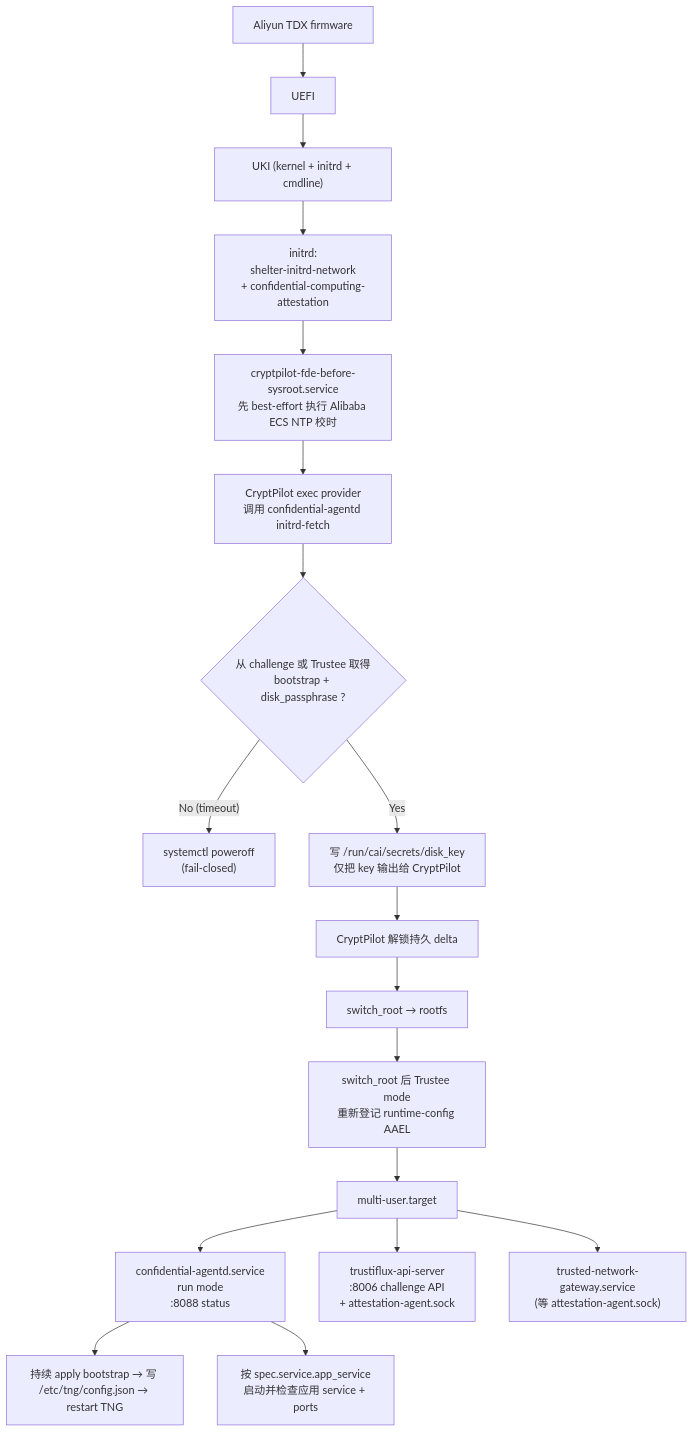
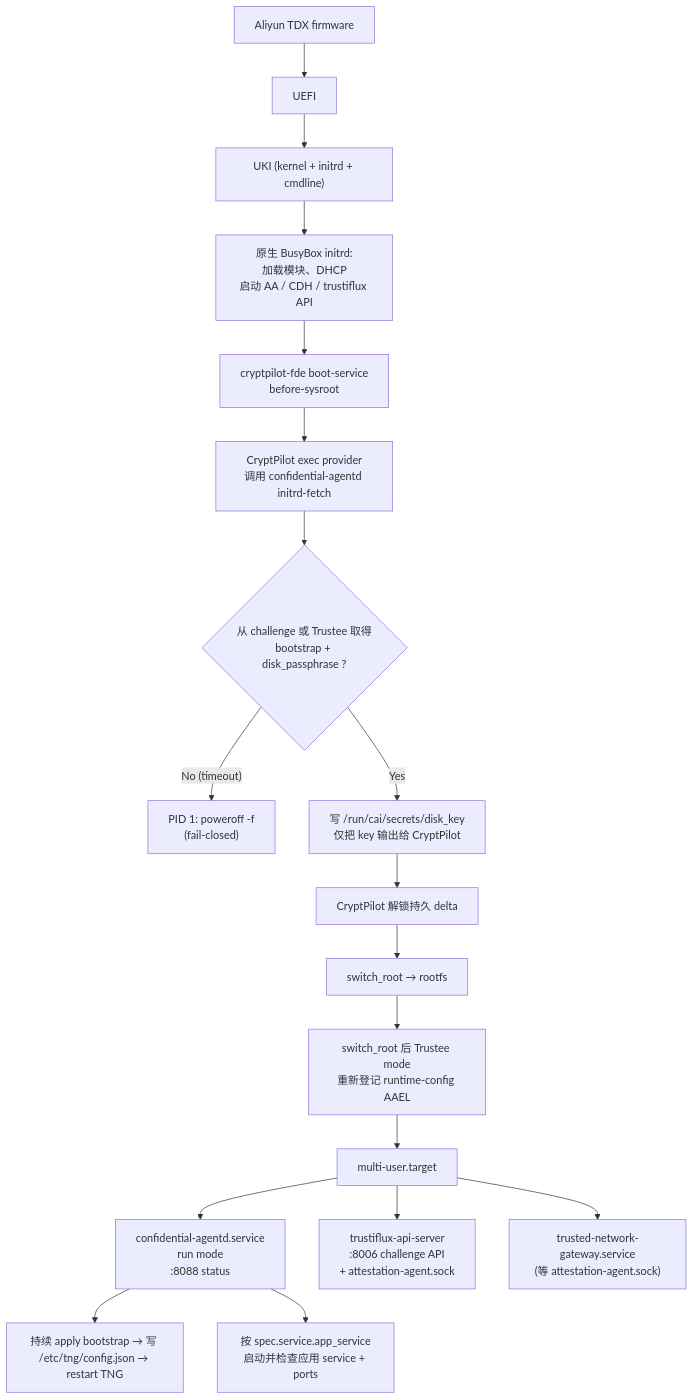
The fifth of 7 diagrams in docs/architecture.md (wdsun1008/confidential-agent), drawn with Mermaid before and after one commit. The commit also changed other lines of this file and 44 other files, not shown here.

First line of the commit message:
feat(shelter): adopt native initrd and managed runtime profiles

````diff
--- a/docs/architecture.md
+++ b/docs/architecture.md
@@ -153,21 +155,21 @@
 ```mermaid
 flowchart TB
     A["Aliyun TDX firmware"] --> B["UEFI"]
     B --> C["UKI (kernel + initrd + cmdline)"]
-    C --> D["initrd:<br/>shelter-initrd-network<br/>+ confidential-computing-attestation"]
-    D --> E["cryptpilot-fde-before-sysroot.service<br/>先 best-effort 执行 Alibaba ECS NTP 校时"]
+    C --> D["原生 BusyBox initrd:<br/>加载模块、DHCP<br/>启动 AA / CDH / trustiflux API"]
+    D --> E["cryptpilot-fde boot-service<br/>before-sysroot"]
     E --> F["CryptPilot exec provider<br/>调用 confidential-agentd initrd-fetch"]
     F --> Q{"从 challenge 或 Trustee 取得<br/>bootstrap + disk_passphrase ?"}
-    Q -- No (timeout) --> X["systemctl poweroff<br/>(fail-closed)"]
+    Q -- No (timeout) --> X["PID 1: poweroff -f<br/>(fail-closed)"]
     Q -- Yes --> G["写 /run/cai/secrets/disk_key<br/>仅把 key 输出给 CryptPilot"]
     G --> H["CryptPilot 解锁持久 delta"]
     H --> I["switch_root → rootfs"]
     I --> J["switch_root 后 Trustee mode<br/>重新登记 runtime-config AAEL"]
     J --> J0["multi-user.target"]
 
     J0 --> K1["confidential-agentd.service<br/>run mode<br/>:8088 status"]
     J0 --> K2["trustiflux-api-server<br/>:8006 challenge API<br/>+ attestation-agent.sock"]
     J0 --> K3["trusted-network-gateway.service<br/>(等 attestation-agent.sock)"]
     K1 --> M["持续 apply bootstrap → 写 /etc/tng/config.json → restart TNG"]
     K1 --> N["按 spec.service.app_service<br/>启动并检查应用 service + ports"]
 ```
````
